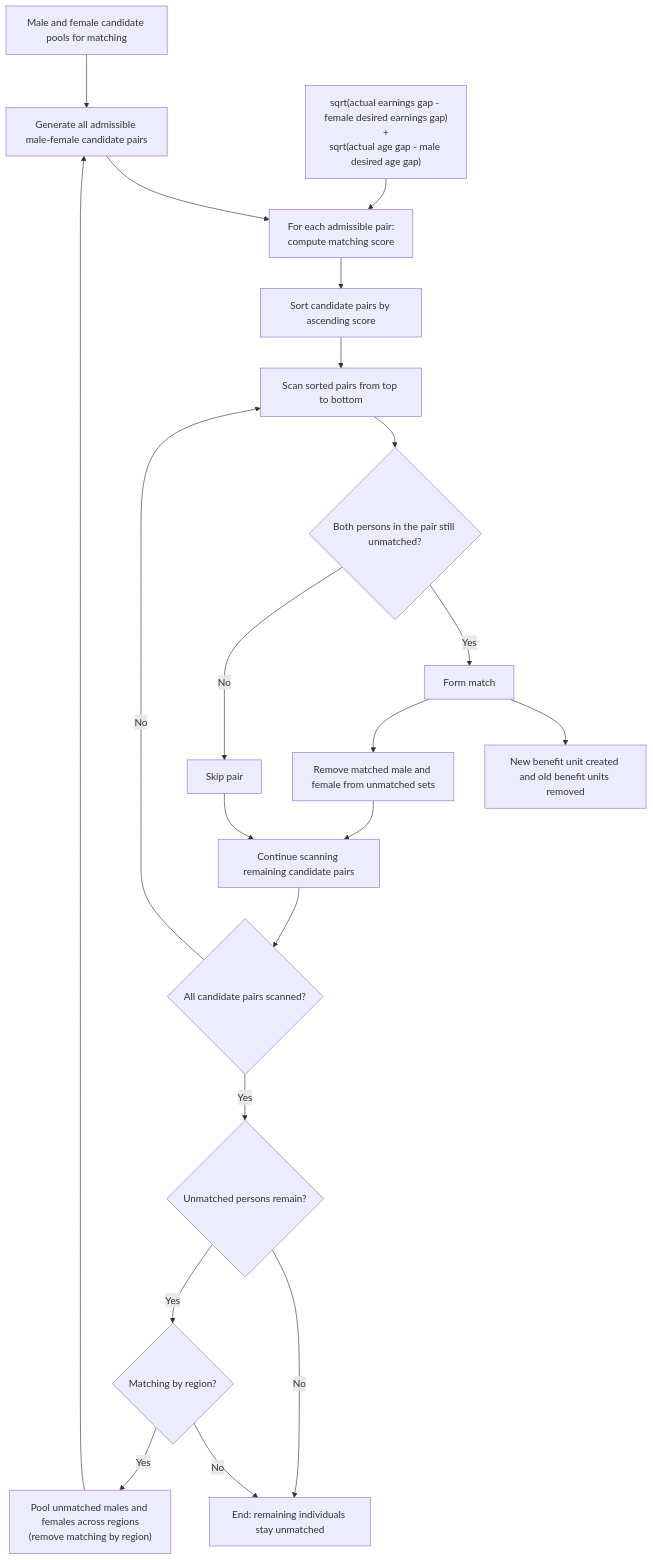
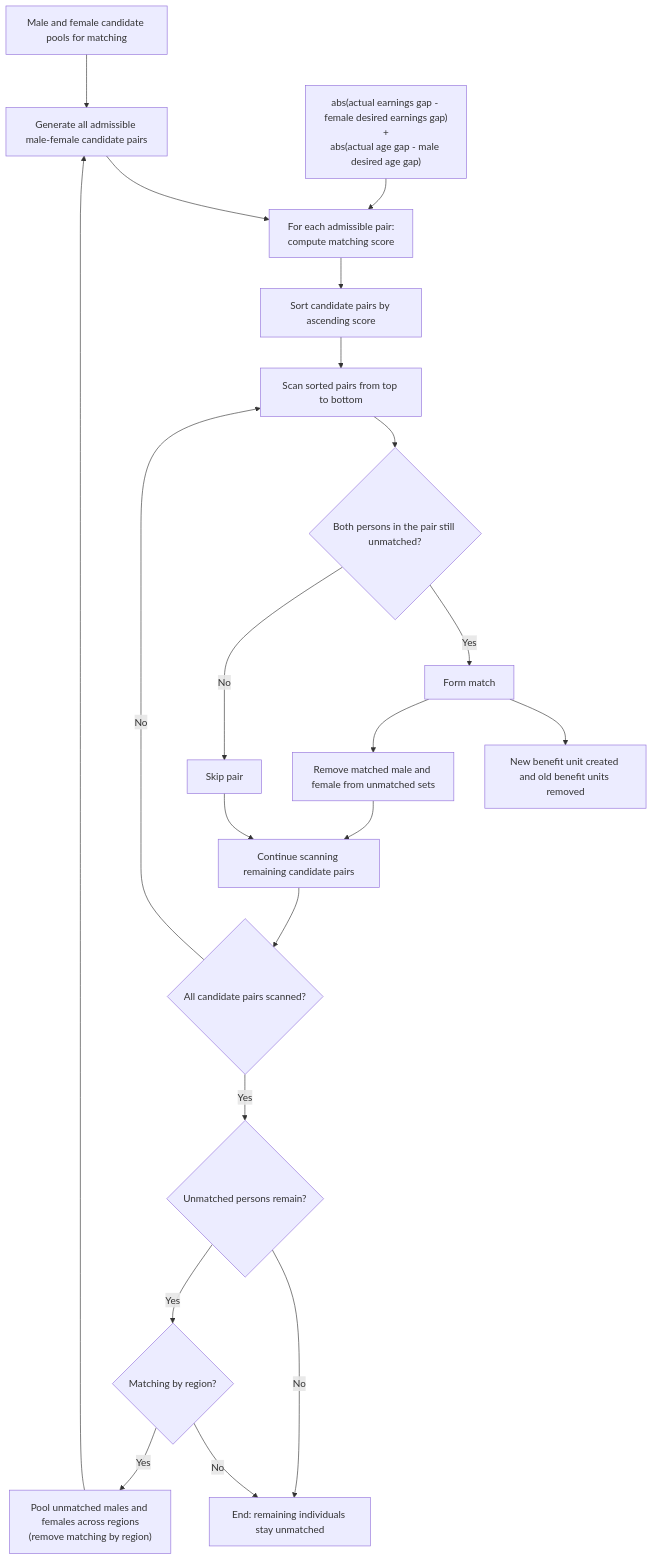
The diagram in documentation/flowcharts/modules/union_matching.md (centreformicrosimulation/SimPaths), drawn with Mermaid before and after one commit. The commit also changed other lines of this file and 1 other file, not shown here.

Commit message:
test 3.1

````diff
--- a/documentation/flowcharts/modules/union_matching.md
+++ b/documentation/flowcharts/modules/union_matching.md
@@ -13,28 +13,28 @@
 ```mermaid
 flowchart TD
     A["Male and female candidate pools for matching"] --> B["Generate all admissible male-female candidate pairs"]
     J["Pool unmatched males and females across regions<br/>(remove matching by region)"] --> B
 
     B --> C["For each admissible pair:<br/>compute matching score"]
-    S["sqrt(actual earnings gap - female desired earnings gap)<br/>+<br/>sqrt(actual age gap - male desired age gap)"] --> C
+    S["abs(actual earnings gap - female desired earnings gap)<br/>+<br/>abs(actual age gap - male desired age gap)"] --> C
 
     C --> D["Sort candidate pairs by ascending score"]
     D --> E["Scan sorted pairs from top to bottom"]
     E --> F{"Both persons in the pair still unmatched?"}
 
     F -- Yes --> G["Form match"]
     G --> H["New benefit unit created and old benefit units removed"]
     G --> I["Remove matched male and female from unmatched sets"]
     I --> K["Continue scanning remaining candidate pairs"]
 
     F -- No --> L["Skip pair"]
     L --> K
 
     K --> M{"All candidate pairs scanned?"}
     M -- No --> E
     M -- Yes --> N{"Unmatched persons remain?"}
     N -- No --> O["End: remaining individuals stay unmatched"]
     N -- Yes --> P{"Matching by region?"}
     P -- No --> O
     P -- Yes --> J
 ```
````
